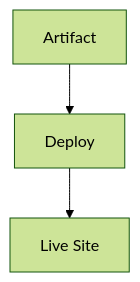
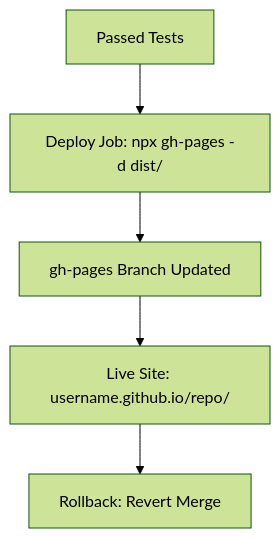
The diagram in docs/theory/deploy.md (JonasCruzMartinez/devops-workshop-vitepress), drawn with Mermaid (forest theme) before and after one commit. The commit also changed other lines of this file and 15 other files, not shown here.

````diff
--- a/docs/theory/deploy.md
+++ b/docs/theory/deploy.md
@@ -10,5 +12,7 @@
 ```mermaid
-graph TD;
-    A[Artifact] --> B[Deploy];
-    B --> C[Live Site];
+graph TD
+  A[Passed Tests] --> B[Deploy Job: npx gh-pages -d dist/]
+  B --> C[gh-pages Branch Updated]
+  C --> D[Live Site: username.github.io/repo/]
+  D --> E[Rollback: Revert Merge]
 ```
````
